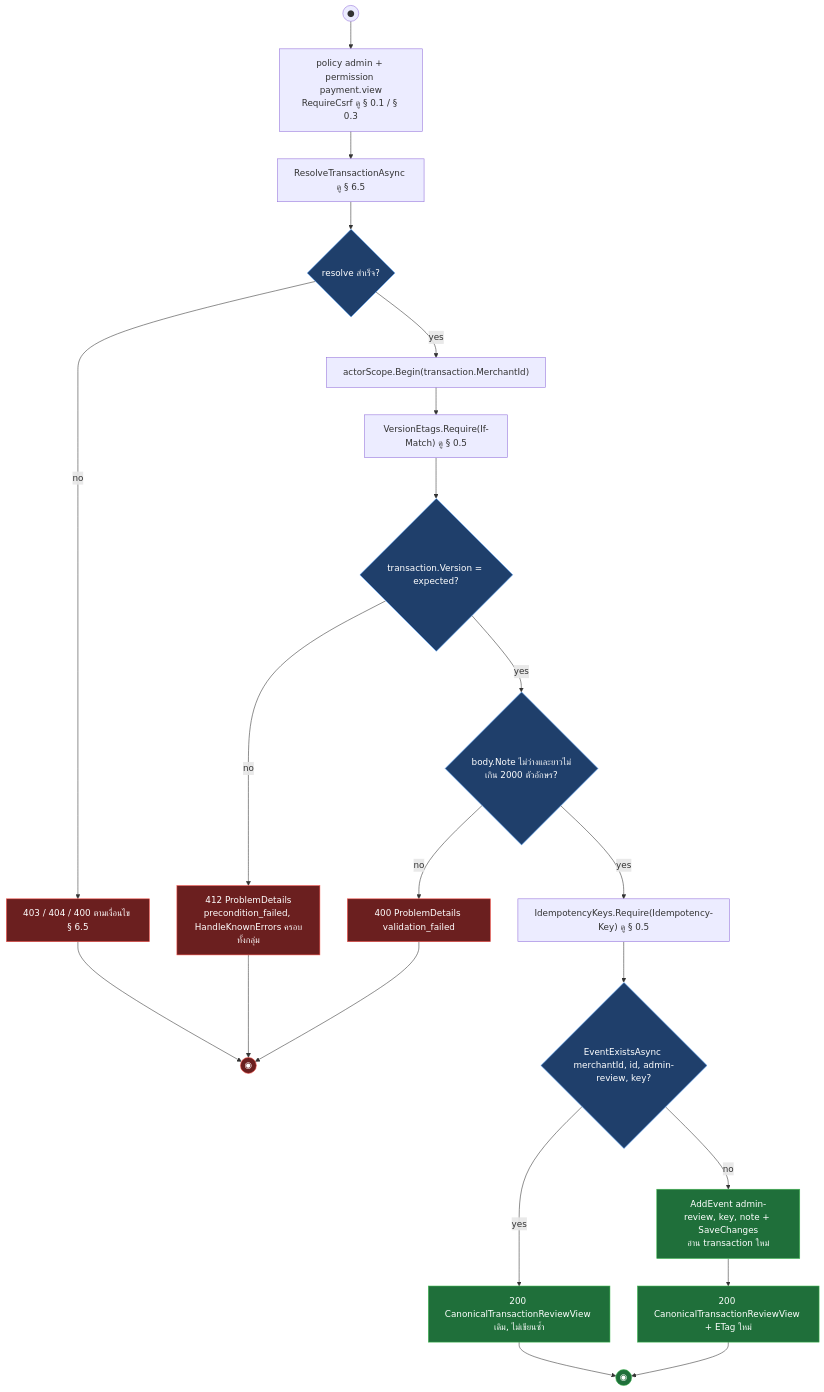
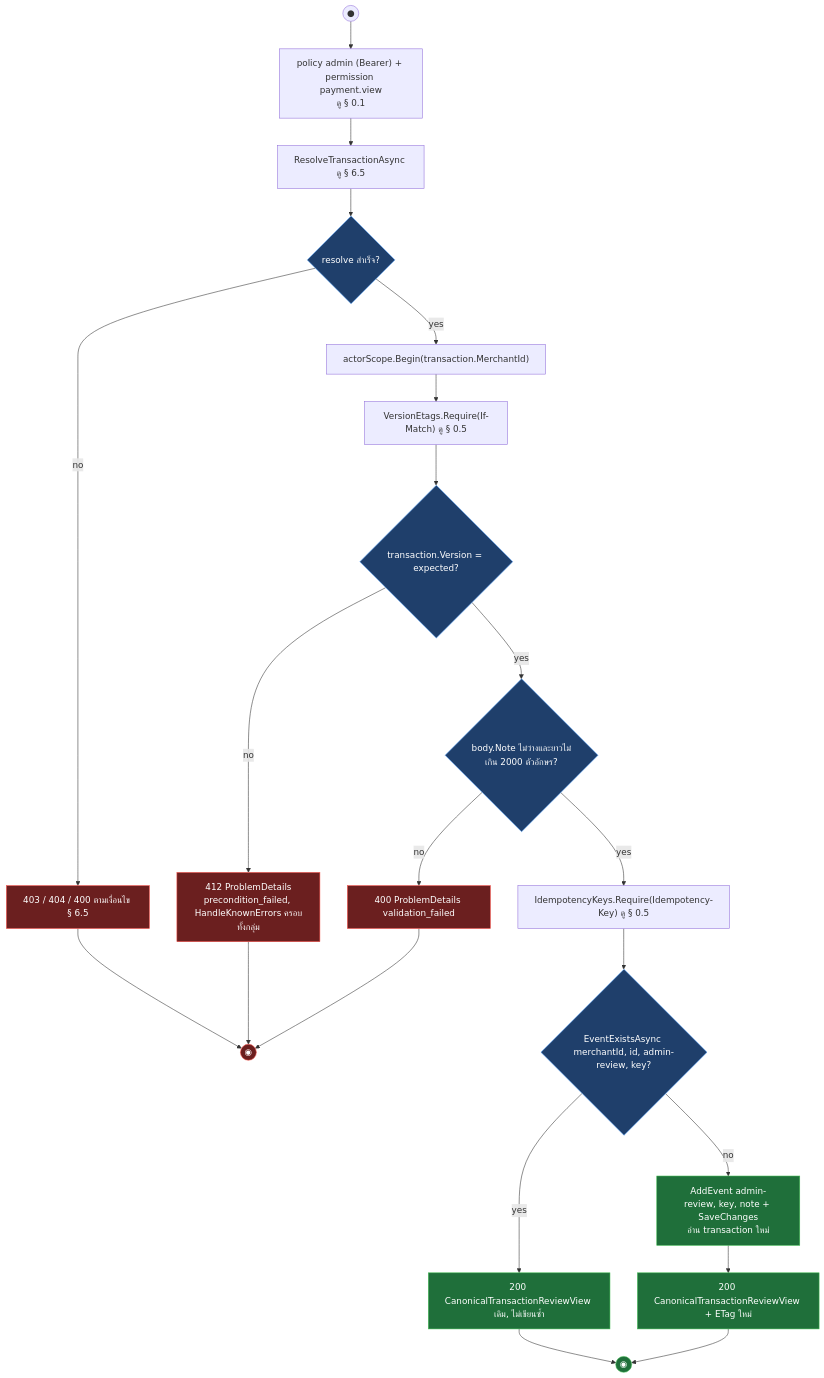
Before and after one commit to metrodiesign/pol-core: the seventh of 7 diagrams in outputs/diagrams/2026-09-14_api-endpoints_v1/06-canonical-commerce-transactions.activities.md, drawn with Mermaid. The commit also changed other lines of this file and 42 other files, not shown here.

First line of the commit message:
docs: align reference docs and the API diagram set with the Bearer-only admin plane

````diff
--- a/outputs/diagrams/2026-09-14_api-endpoints_v1/06-canonical-commerce-transactions.activities.md
+++ b/outputs/diagrams/2026-09-14_api-endpoints_v1/06-canonical-commerce-transactions.activities.md
@@ -342,30 +342,30 @@
 ```mermaid
 flowchart TD
-    START((●)) --> AUTHZ["policy admin + permission payment.view<br/>RequireCsrf ดู § 0.1 / § 0.3"]
+    START((●)) --> AUTHZ["policy admin (Bearer) + permission payment.view<br/>ดู § 0.1"]
     AUTHZ --> RESOLVE["ResolveTransactionAsync ดู § 6.5"]
     RESOLVE --> RFOUND{"resolve สำเร็จ?"}
     RFOUND -->|no| R40X["403 / 404 / 400 ตามเงื่อนไข § 6.5"]
     RFOUND -->|yes| BIND["actorScope.Begin(transaction.MerchantId)"]
     BIND --> VER["VersionEtags.Require(If-Match) ดู § 0.5"]
     VER --> VEROK{"transaction.Version = expected?"}
     VEROK -->|no| R412["412 ProblemDetails<br/>precondition_failed, HandleKnownErrors ครอบทั้งกลุ่ม"]
     VEROK -->|yes| NOTE{"body.Note ไม่ว่างและยาวไม่เกิน 2000 ตัวอักษร?"}
     NOTE -->|no| R400["400 ProblemDetails validation_failed"]
     NOTE -->|yes| IDEM["IdempotencyKeys.Require(Idempotency-Key) ดู § 0.5"]
     IDEM --> REPLAY{"EventExistsAsync merchantId, id, admin-review, key?"}
     REPLAY -->|yes| R200REPLAY["200 CanonicalTransactionReviewView เดิม, ไม่เขียนซ้ำ"]
     REPLAY -->|no| ADD["AddEvent admin-review, key, note + SaveChanges<br/>อ่าน transaction ใหม่"]
     ADD --> R200["200 CanonicalTransactionReviewView + ETag ใหม่"]
     R200 --> END_S((◉))
     R200REPLAY --> END_S
     R40X --> END_F((◉))
     R412 --> END_F
     R400 --> END_F
 
     classDef ok fill:#1f6f3a,stroke:#3fb950,color:#fff
     classDef fail fill:#6b1f1f,stroke:#f85149,color:#fff
     classDef gate fill:#1f3f6b,stroke:#58a6ff,color:#fff
     class ADD,R200,R200REPLAY,END_S ok
     class R40X,R412,R400,END_F fail
     class RFOUND,VEROK,NOTE,REPLAY gate
 ```
````
